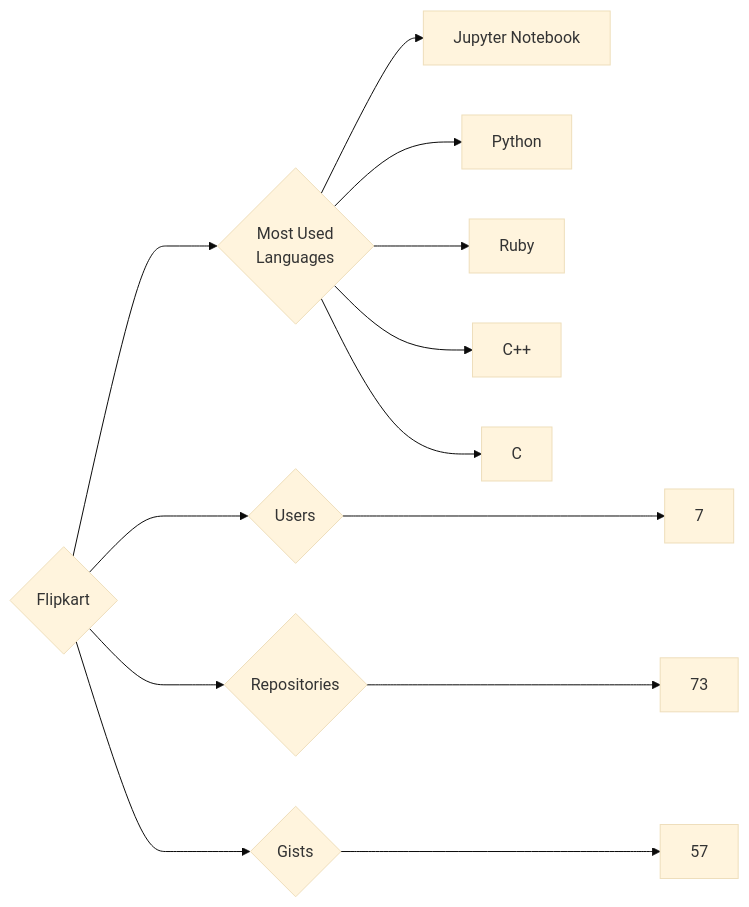
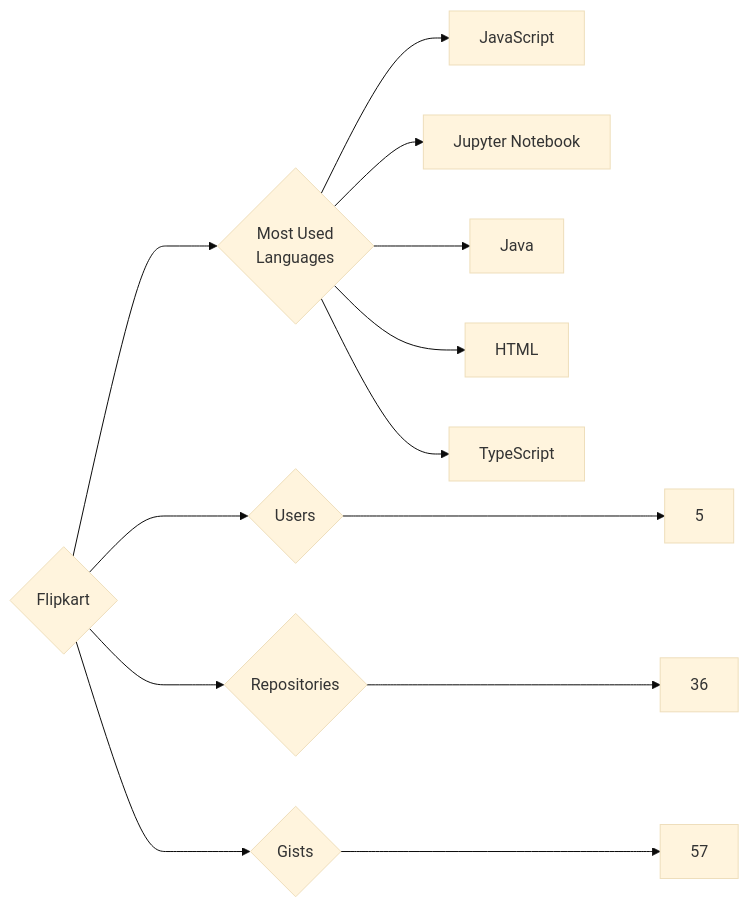
The diagram in targets/Flipkart/README.md (trickest/insiders), drawn with Mermaid (base theme) before and after one commit. The commit also changed 1030 other files, not shown here.

````diff
--- a/targets/Flipkart/README.md
+++ b/targets/Flipkart/README.md
@@ -3,13 +3,13 @@
 ```mermaid
 graph LR
 COMPANY_NAME{Flipkart}
-COMPANY_NAME ---> U{Users} ---> UN[7]
-COMPANY_NAME ---> R{Repositories} ---> RN[73]
+COMPANY_NAME ---> U{Users} ---> UN[5]
+COMPANY_NAME ---> R{Repositories} ---> RN[36]
 COMPANY_NAME ---> G{Gists} ---> GN[57]
 COMPANY_NAME ---> ML{Most Used<br>Languages}
+ML --> JavaScript[JavaScript]
 ML --> Jupyter_Notebook[Jupyter Notebook]
-ML --> Python[Python]
-ML --> Ruby[Ruby]
-ML --> C++[C++]
-ML --> C[C]
+ML --> Java[Java]
+ML --> HTML[HTML]
+ML --> TypeScript[TypeScript]
 ```
````
